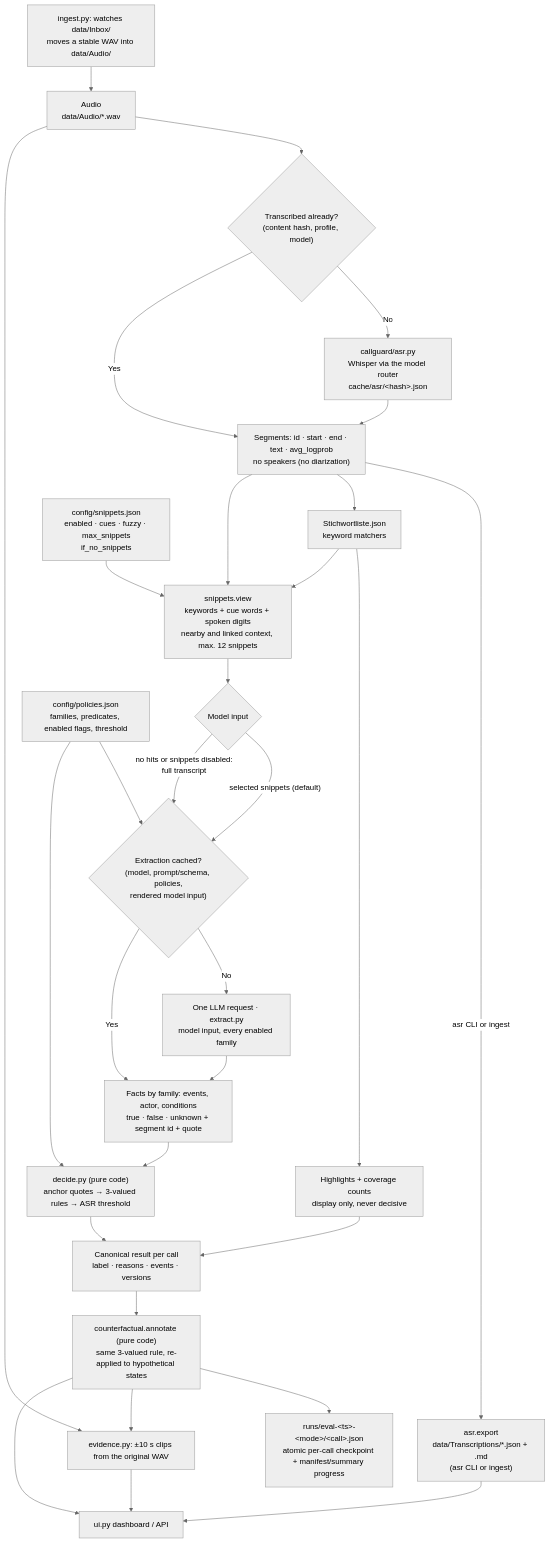
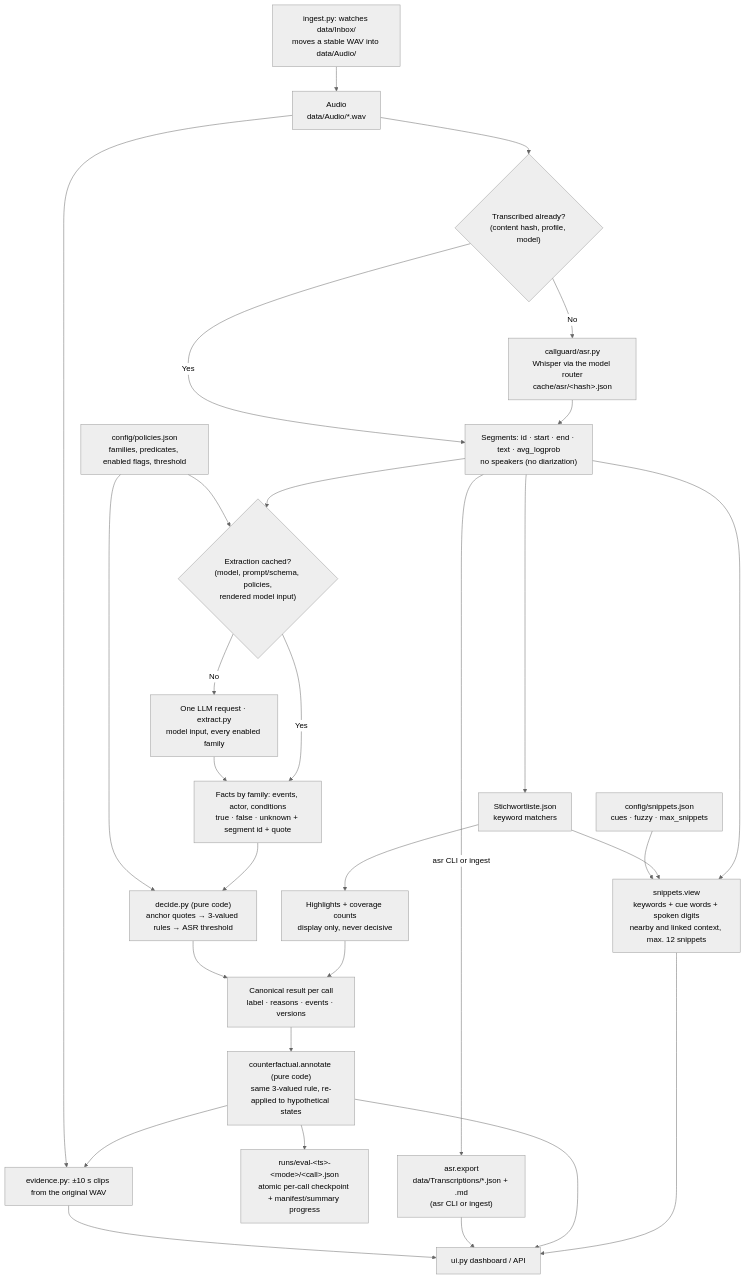
Before and after one commit to ep520/Solvent: the first of 5 diagrams in PIPELINE_FLOW.md, drawn with Mermaid (neutral theme). The commit also changed other lines of this file and 11 other files, not shown here.

Commit message:
Refactor model input handling to utilize full transcripts and separate review highlights

````diff
--- a/PIPELINE_FLOW.md
+++ b/PIPELINE_FLOW.md
@@ -8,44 +8,43 @@
 ```mermaid
 flowchart TD
     INBOX["ingest.py: watches data/Inbox/<br/>moves a stable WAV into data/Audio/"]
     WAV["Audio<br/>data/Audio/*.wav"]
     ASR_CACHE{"Transcribed already?<br/>(content hash, profile, model)"}
     INBOX --> WAV
     ASR["callguard/asr.py<br/>Whisper via the model router<br/>cache/asr/&lt;hash&gt;.json"]
     TRANSCRIPT["Segments: id · start · end · text · avg_logprob<br/>no speakers (no diarization)"]
     EXPORT["asr.export<br/>data/Transcriptions/*.json + .md<br/>(asr CLI or ingest)"]
 
     WAV --> ASR_CACHE
     ASR_CACHE -- No --> ASR --> TRANSCRIPT
     ASR_CACHE -- Yes --> TRANSCRIPT
     TRANSCRIPT -- "asr CLI or ingest" --> EXPORT
 
     TRANSCRIPT --> KEYWORDS["Stichwortliste.json<br/>keyword matchers"]
     KEYWORDS --> HIGHLIGHTS["Highlights + coverage counts<br/>display only, never decisive"]
 
     TRANSCRIPT --> SNIPPETS["snippets.view<br/>keywords + cue words + spoken digits<br/>nearby and linked context, max. 12 snippets"]
     KEYWORDS --> SNIPPETS
-    SNIPPET_CONFIG["config/snippets.json<br/>enabled · cues · fuzzy · max_snippets<br/>if_no_snippets"] --> SNIPPETS
-    SNIPPETS --> MODEL_INPUT{"Model input"}
-    MODEL_INPUT -- "selected snippets (default)" --> EXTRACT_CACHE
-    MODEL_INPUT -- "no hits or snippets disabled:<br/>full transcript" --> EXTRACT_CACHE
+    SNIPPET_CONFIG["config/snippets.json<br/>cues · fuzzy · max_snippets"] --> SNIPPETS
+    SNIPPETS --> DASHBOARD
+    TRANSCRIPT --> EXTRACT_CACHE
 
     EXTRACT_CACHE{"Extraction cached?<br/>(model, prompt/schema, policies,<br/>rendered model input)"}
     POLICIES["config/policies.json<br/>families, predicates, enabled flags, threshold"] --> EXTRACT_CACHE
     EXTRACT_CACHE -- No --> LLM["One LLM request · extract.py<br/>model input, every enabled family"]
     EXTRACT_CACHE -- Yes --> FACTS
     LLM --> FACTS["Facts by family: events, actor, conditions<br/>true · false · unknown + segment id + quote"]
 
     FACTS --> DECIDE["decide.py (pure code)<br/>anchor quotes → 3-valued rules → ASR threshold"]
     POLICIES --> DECIDE
     HIGHLIGHTS --> RESULT
     DECIDE --> RESULT["Canonical result per call<br/>label · reasons · events · versions"]
     RESULT --> XAI["counterfactual.annotate (pure code)<br/>same 3-valued rule, re-applied to hypothetical states"]
 
     XAI --> FILES["runs/eval-&lt;ts&gt;-&lt;mode&gt;/&lt;call&gt;.json<br/>atomic per-call checkpoint + manifest/summary progress"]
     XAI --> CLIPS["evidence.py: ±10 s clips from the original WAV"]
     WAV --> CLIPS
     XAI --> DASHBOARD["ui.py dashboard / API"]
     EXPORT --> DASHBOARD
     CLIPS --> DASHBOARD
 ```
````
